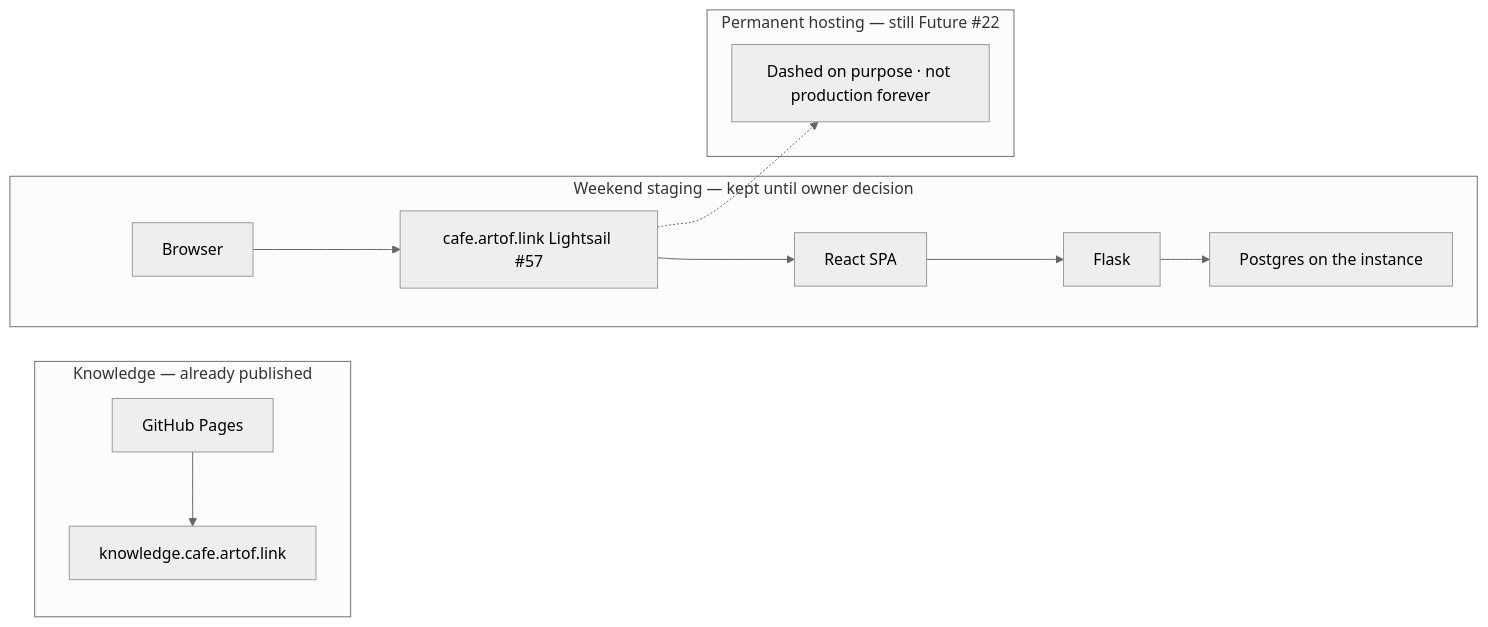
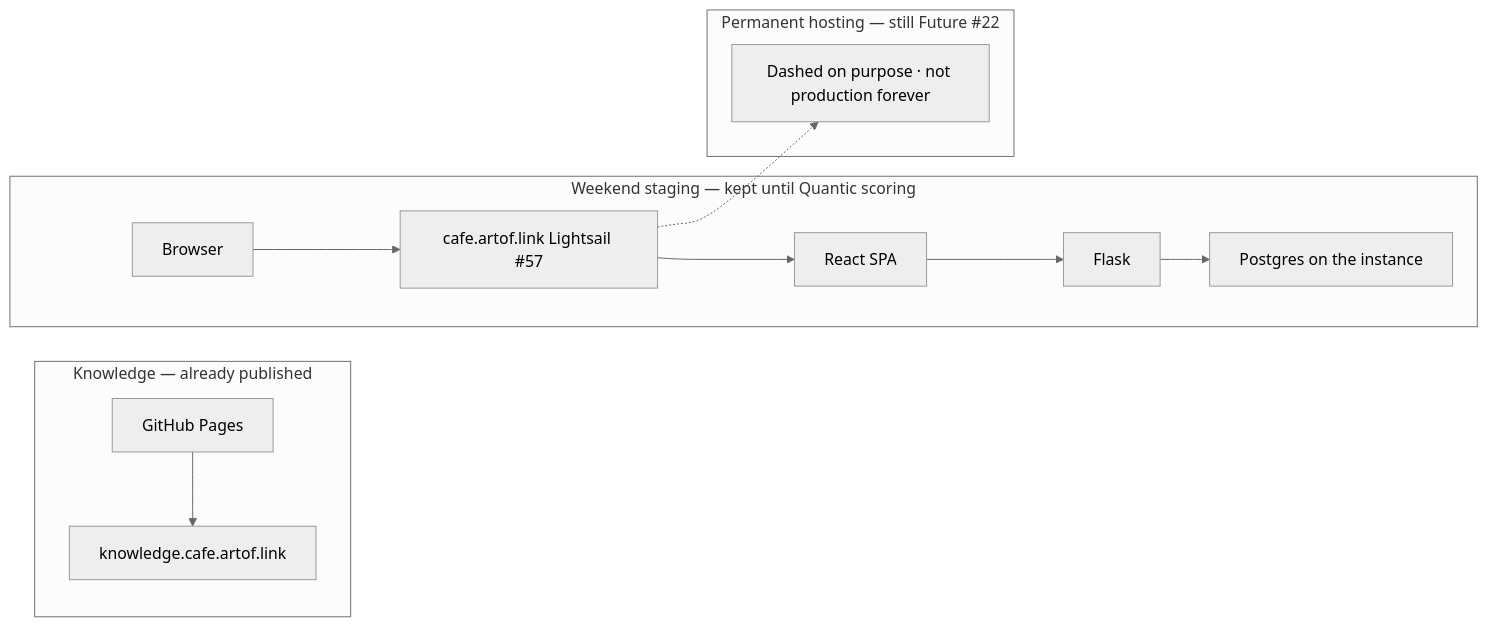
One commit to artofdream/aea-interactive-design changed the third of 3 diagrams in knowledge/stack.md. Above: the diagram before and after it, drawn with Mermaid (neutral theme). The commit also changed other lines of this file and 1 other file, not shown here.

First line of the commit message:
Knowledge: Stack Window row keep-until-scoring (#202)

````diff
--- a/knowledge/stack.md
+++ b/knowledge/stack.md
@@ -151,15 +151,15 @@
 ```mermaid
 flowchart LR
   subgraph K2["Knowledge — already published"]
     PAGES["GitHub Pages"] --> KH2["knowledge.cafe.artof.link"]
   end
-  subgraph S["Weekend staging — kept until owner decision"]
+  subgraph S["Weekend staging — kept until Quantic scoring"]
     B["Browser"] --> HOST["cafe.artof.link Lightsail #57"]
     HOST --> RE["React SPA"]
     RE --> API["Flask"]
     API --> DB["Postgres on the instance"]
   end
   subgraph R["Permanent hosting — still Future #22"]
     HOST -.-> FUT["Dashed on purpose · not production forever"]
   end
 ```
````
